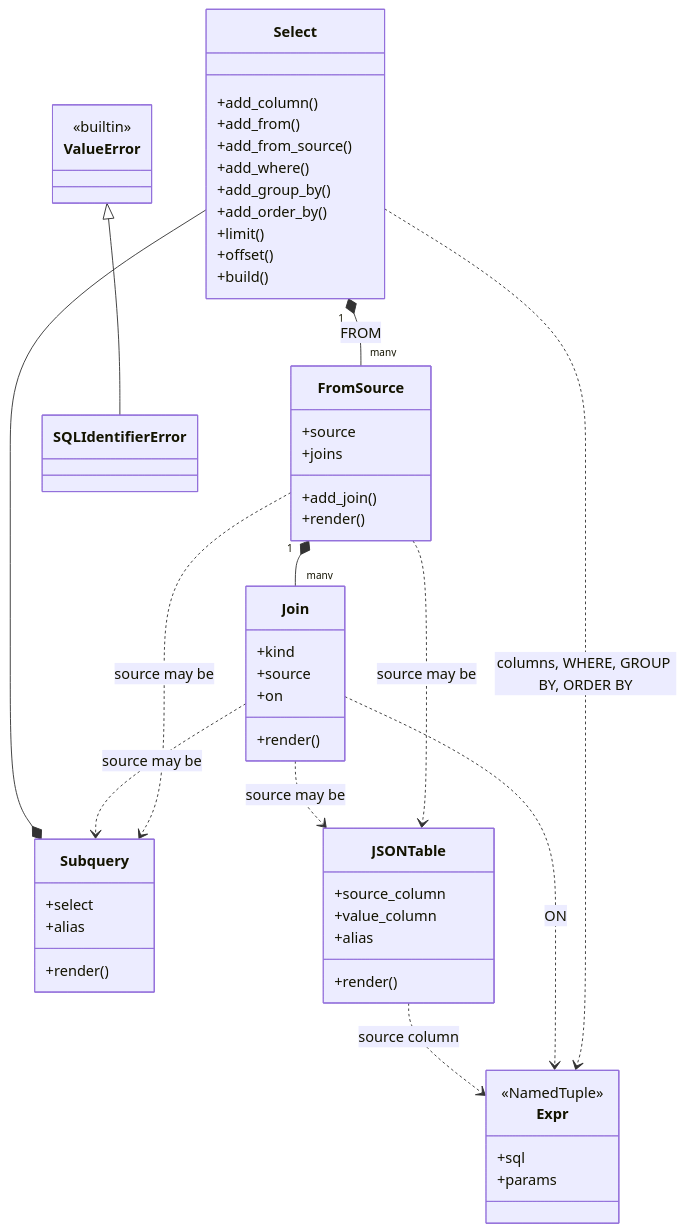
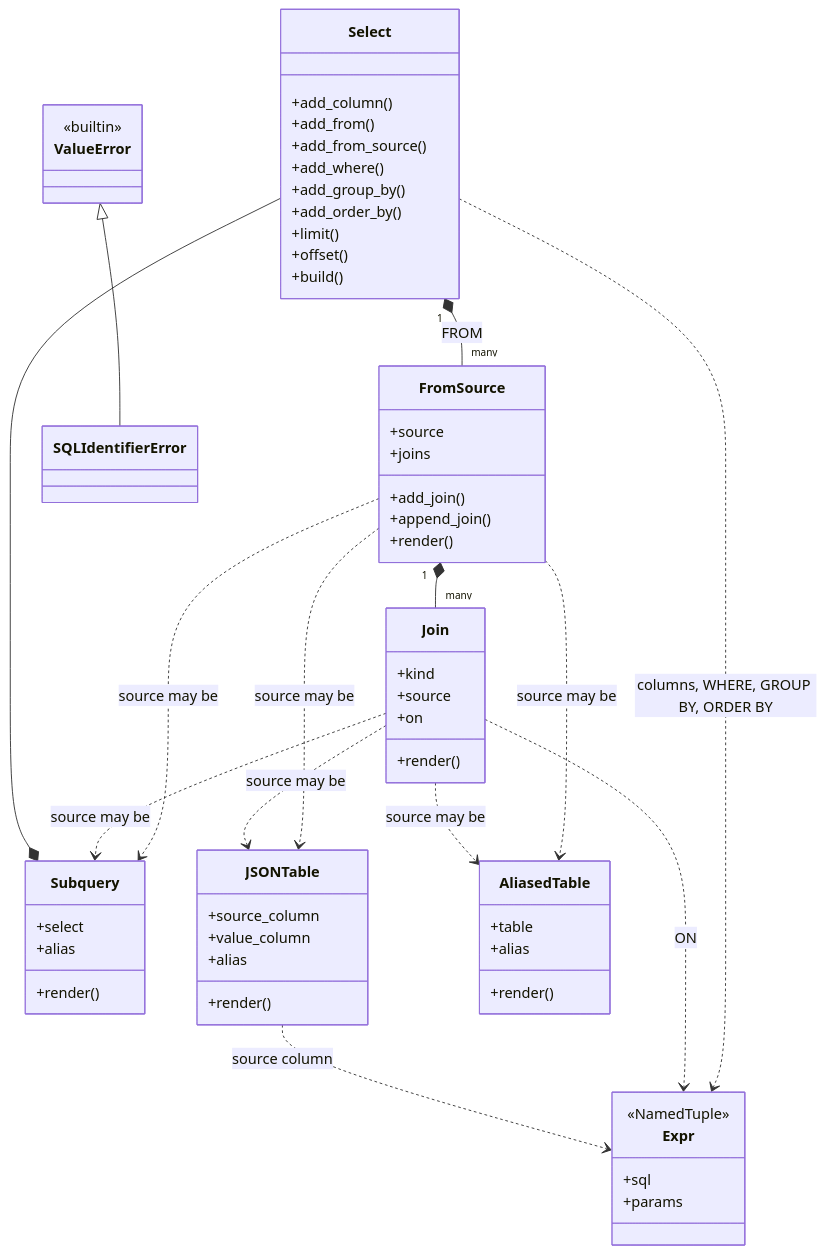
One commit to SETI/rms-opus changed the diagram in docs/dev_guide_webapp_tools.rst. Above: the diagram before and after it, drawn with Mermaid. The commit also changed other lines of this file and 21 other files, not shown here.

```diff
--- a/docs/dev_guide_webapp_tools.rst
+++ b/docs/dev_guide_webapp_tools.rst
@@ -220,59 +223,67 @@
 .. mermaid::
     :zoom:
 
     classDiagram
         class Expr {
             <<NamedTuple>>
             +sql
             +params
         }
         class Select {
             +add_column()
             +add_from()
             +add_from_source()
             +add_where()
             +add_group_by()
             +add_order_by()
             +limit()
             +offset()
             +build()
         }
         class FromSource {
             +source
             +joins
             +add_join()
+            +append_join()
             +render()
         }
         class Join {
             +kind
             +source
             +on
             +render()
         }
         class Subquery {
             +select
             +alias
             +render()
         }
         class JSONTable {
             +source_column
             +value_column
             +alias
             +render()
         }
+        class AliasedTable {
+            +table
+            +alias
+            +render()
+        }
         class ValueError {
             <<builtin>>
         }
         class SQLIdentifierError
 
         Select "1" *-- "many" FromSource : FROM
         FromSource "1" *-- "many" Join
         FromSource ..> Subquery : source may be
         FromSource ..> JSONTable : source may be
+        FromSource ..> AliasedTable : source may be
         Join ..> Subquery : source may be
         Join ..> JSONTable : source may be
+        Join ..> AliasedTable : source may be
         Subquery *-- Select
         Select ..> Expr : columns, WHERE, GROUP BY, ORDER BY
         Join ..> Expr : ON
         JSONTable ..> Expr : source column
         ValueError <|-- SQLIdentifierError
```
